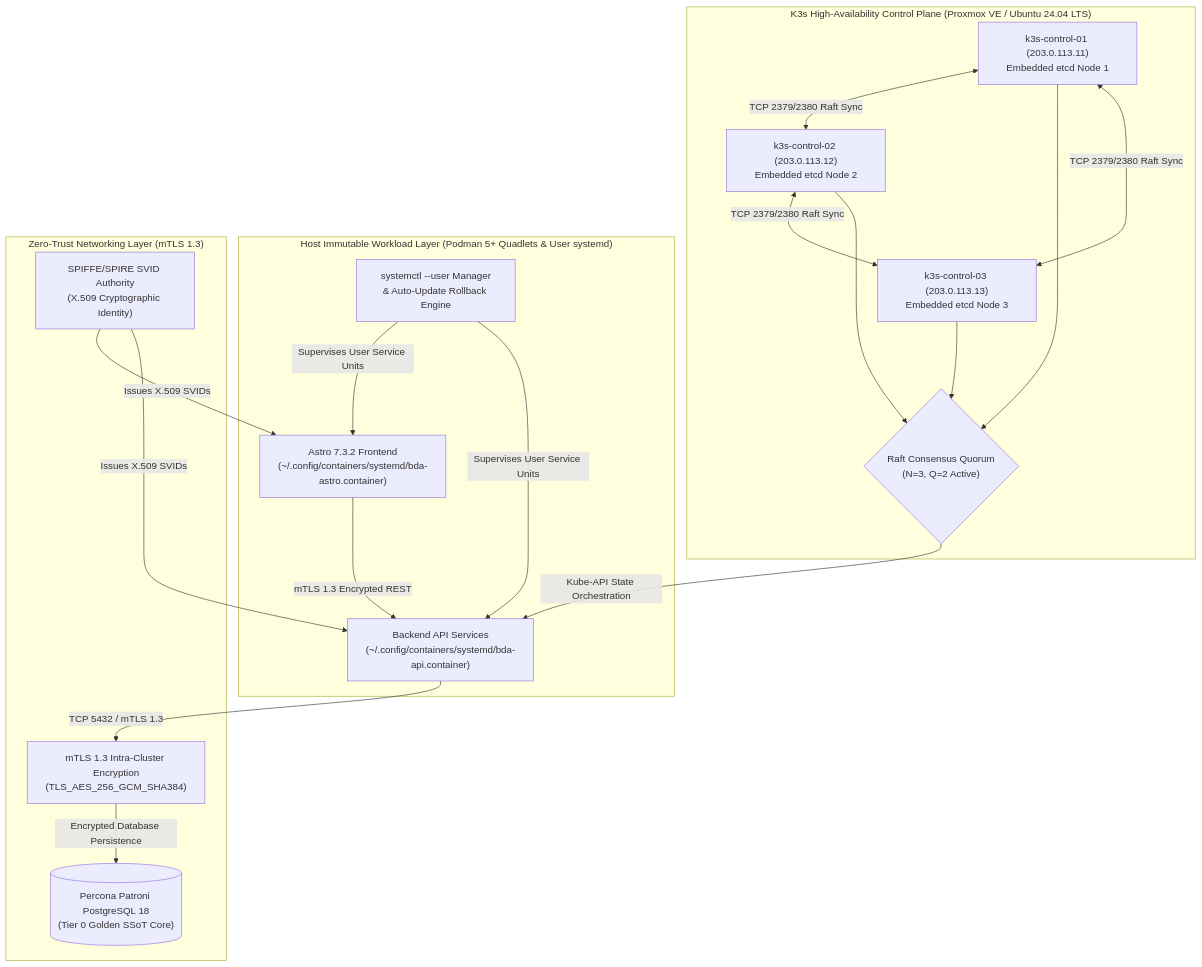
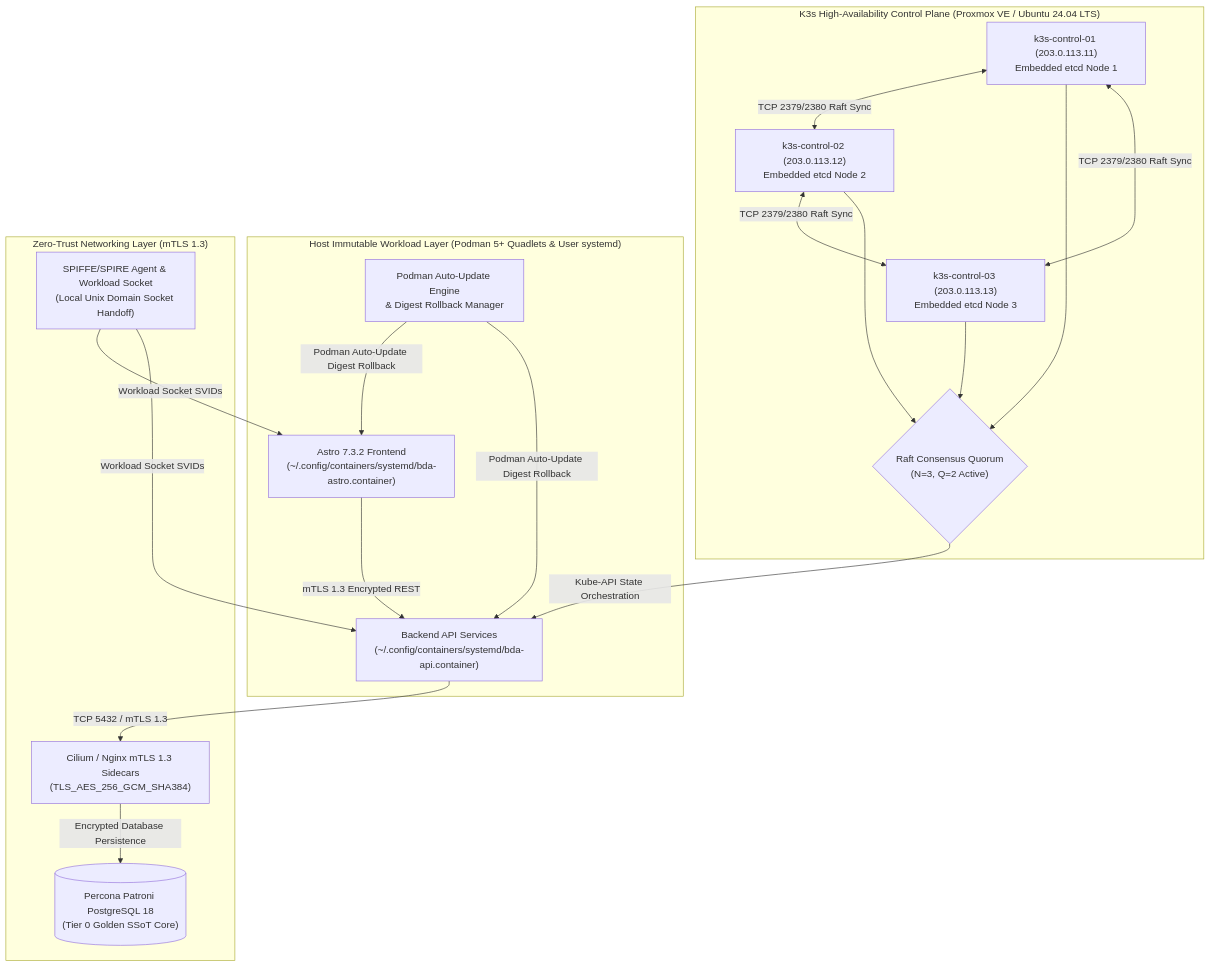
One commit to linuxmalaysia/bda-ai-infra changed the first of 2 diagrams in docs/IT-MANAGEMENT-PROPOSAL.md. Above: the diagram before and after it, drawn with Mermaid. The commit also changed other lines of this file, not shown here.

First line of the commit message:
docs: update proposal SPIRE workload sockets, mTLS sidecars, and auto-update flow

````diff
--- a/docs/IT-MANAGEMENT-PROPOSAL.md
+++ b/docs/IT-MANAGEMENT-PROPOSAL.md
@@ -381,39 +381,39 @@
 ```mermaid
 flowchart TD
     subgraph MIF_K3sPlane ["K3s High-Availability Control Plane (Proxmox VE / Ubuntu 24.04 LTS)"]
         MIF_Node1["k3s-control-01 (203.0.113.11)\nEmbedded etcd Node 1"]
         MIF_Node2["k3s-control-02 (203.0.113.12)\nEmbedded etcd Node 2"]
         MIF_Node3["k3s-control-03 (203.0.113.13)\nEmbedded etcd Node 3"]
         MIF_Quorum{"Raft Consensus Quorum\n(N=3, Q=2 Active)"}
     end
 
     subgraph MIF_QuadletTier ["Host Immutable Workload Layer (Podman 5+ Quadlets & User systemd)"]
         MIF_AstroPod["Astro 7.3.2 Frontend\n(~/.config/containers/systemd/bda-astro.container)"]
         MIF_APIPod["Backend API Services\n(~/.config/containers/systemd/bda-api.container)"]
-        MIF_Systemd["systemctl --user Manager\n& Auto-Update Rollback Engine"]
+        MIF_Systemd["Podman Auto-Update Engine\n& Digest Rollback Manager"]
     end
 
     subgraph MIF_mTLSMesh ["Zero-Trust Networking Layer (mTLS 1.3)"]
-        MIF_SPIFFE["SPIFFE/SPIRE SVID Authority\n(X.509 Cryptographic Identity)"]
-        MIF_mTLSGate["mTLS 1.3 Intra-Cluster Encryption\n(TLS_AES_256_GCM_SHA384)"]
+        MIF_SPIFFE["SPIFFE/SPIRE Agent & Workload Socket\n(Local Unix Domain Socket Handoff)"]
+        MIF_mTLSGate["Cilium / Nginx mTLS 1.3 Sidecars\n(TLS_AES_256_GCM_SHA384)"]
         MIF_PostgresCore[("Percona Patroni PostgreSQL 18\n(Tier 0 Golden SSoT Core)")]
     end
 
     MIF_Node1 <-->|"TCP 2379/2380 Raft Sync"| MIF_Node2
     MIF_Node2 <-->|"TCP 2379/2380 Raft Sync"| MIF_Node3
     MIF_Node3 <-->|"TCP 2379/2380 Raft Sync"| MIF_Node1
 
     MIF_Node1 --> MIF_Quorum
     MIF_Node2 --> MIF_Quorum
     MIF_Node3 --> MIF_Quorum
 
     MIF_Quorum -->|"Kube-API State Orchestration"| MIF_APIPod
-    MIF_Systemd -->|"Supervises User Service Units"| MIF_AstroPod
-    MIF_Systemd -->|"Supervises User Service Units"| MIF_APIPod
+    MIF_Systemd -->|"Podman Auto-Update Digest Rollback"| MIF_AstroPod
+    MIF_Systemd -->|"Podman Auto-Update Digest Rollback"| MIF_APIPod
 
-    MIF_SPIFFE -->|"Issues X.509 SVIDs"| MIF_AstroPod
-    MIF_SPIFFE -->|"Issues X.509 SVIDs"| MIF_APIPod
+    MIF_SPIFFE -->|"Workload Socket SVIDs"| MIF_AstroPod
+    MIF_SPIFFE -->|"Workload Socket SVIDs"| MIF_APIPod
     MIF_AstroPod -->|"mTLS 1.3 Encrypted REST"| MIF_APIPod
     MIF_APIPod -->|"TCP 5432 / mTLS 1.3"| MIF_mTLSGate
     MIF_mTLSGate -->|"Encrypted Database Persistence"| MIF_PostgresCore
 ```
````
